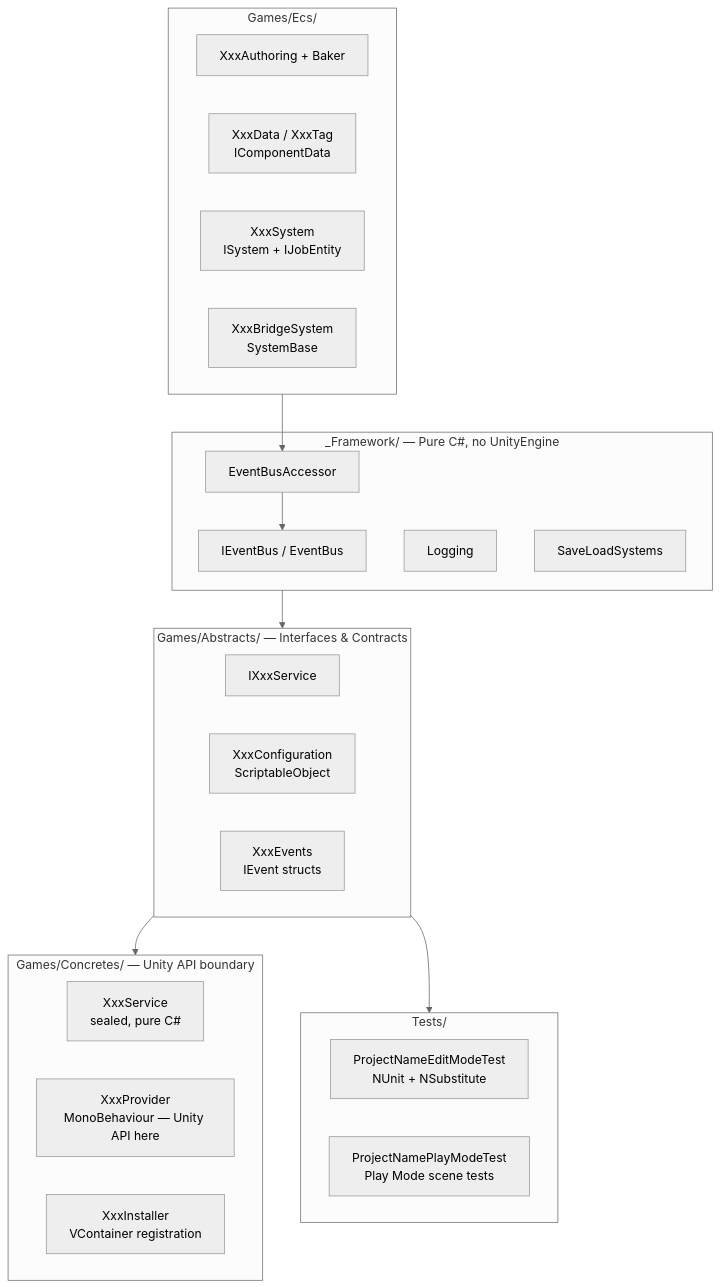
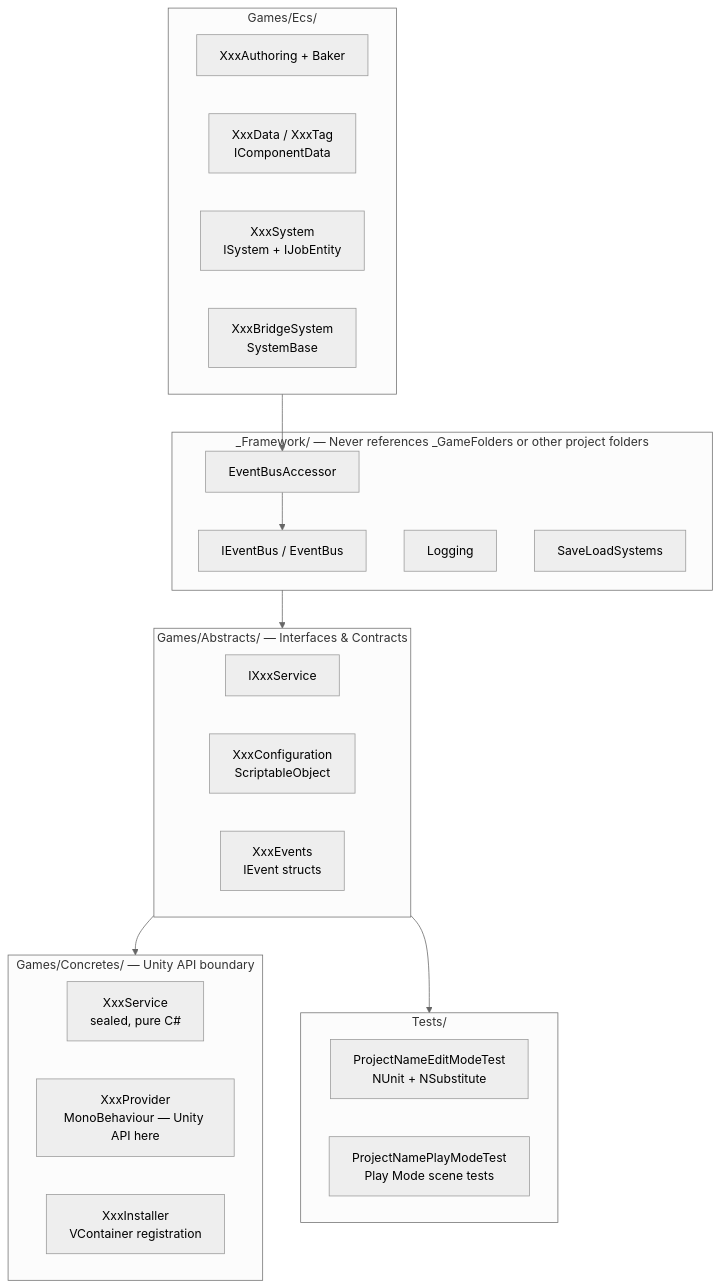
One commit to berkterek/unity-claude-ai-template-repo changed the fourth of 5 diagrams in docs/ARCHITECTURE.md. Above: the diagram before and after it, drawn with Mermaid (neutral theme). The commit also changed 3 other files, not shown here.

First line of the commit message:
docs(architecture): clarify _Framework dependency rule

````diff
--- a/docs/ARCHITECTURE.md
+++ b/docs/ARCHITECTURE.md
@@ -103,38 +103,38 @@
 ```mermaid
 graph TD
-    subgraph Framework["_Framework/ — Pure C#, no UnityEngine"]
+    subgraph Framework["_Framework/ — Never references _GameFolders or other project folders"]
         IEB["IEventBus / EventBus"]
         EBA2["EventBusAccessor"]
         LOG["Logging"]
         SLS["SaveLoadSystems"]
     end
 
     subgraph Abstracts["Games/Abstracts/ — Interfaces & Contracts"]
         ISvc["IXxxService"]
         ICfg["XxxConfiguration\nScriptableObject"]
         IEvt["XxxEvents\nIEvent structs"]
     end
 
     subgraph Concretes["Games/Concretes/ — Unity API boundary"]
         Svc["XxxService\nsealed, pure C#"]
         Prv["XxxProvider\nMonoBehaviour — Unity API here"]
         Ins["XxxInstaller\nVContainer registration"]
     end
 
     subgraph ECS["Games/Ecs/"]
         Auth["XxxAuthoring + Baker"]
         Comp["XxxData / XxxTag\nIComponentData"]
         Sys["XxxSystem\nISystem + IJobEntity"]
         BSys["XxxBridgeSystem\nSystemBase"]
     end
 
     subgraph Tests["Tests/"]
         EMT["ProjectNameEditModeTest\nNUnit + NSubstitute"]
         PMT["ProjectNamePlayModeTest\nPlay Mode scene tests"]
     end
 
     Framework --> Abstracts --> Concretes
     Abstracts --> Tests
     ECS --> EBA2
     EBA2 --> IEB
 ```
````
